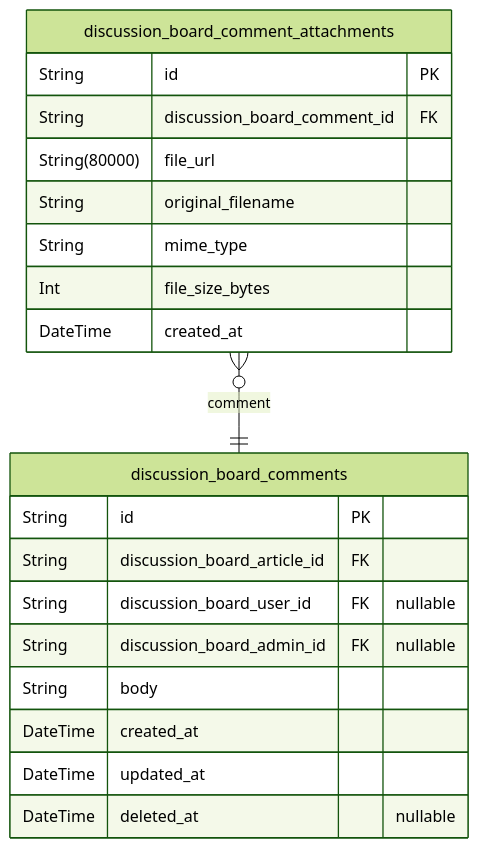
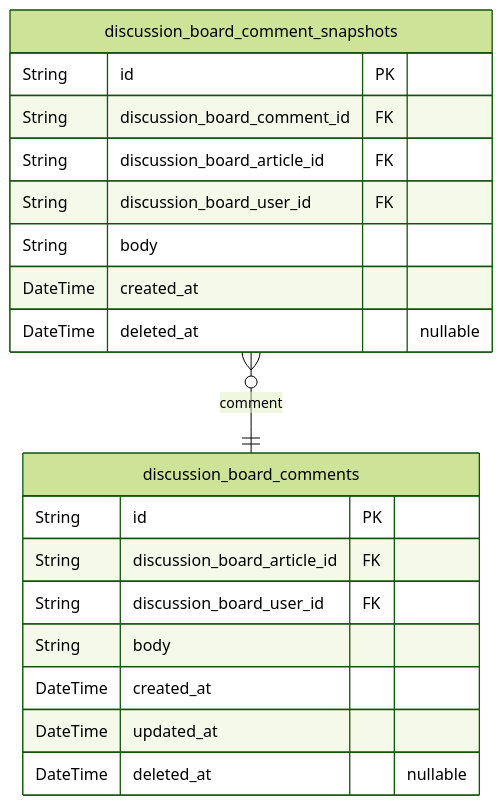
One commit to wrtnlabs/autobe-examples changed the fourth of 6 diagrams in openai/gpt-4.1/bbs/docs/ERD.md. Above: the diagram before and after it, drawn with Mermaid (forest theme). The commit also changed other lines of this file and 3569 other files, not shown here.

````diff
--- a/openai/gpt-4.1/bbs/docs/ERD.md
+++ b/openai/gpt-4.1/bbs/docs/ERD.md
@@ -326,23 +344,22 @@
 ```mermaid
 erDiagram
 "discussion_board_comments" {
   String id PK
   String discussion_board_article_id FK
-  String discussion_board_user_id FK "nullable"
-  String discussion_board_admin_id FK "nullable"
+  String discussion_board_user_id FK
   String body
   DateTime created_at
   DateTime updated_at
   DateTime deleted_at "nullable"
 }
-"discussion_board_comment_attachments" {
+"discussion_board_comment_snapshots" {
   String id PK
   String discussion_board_comment_id FK
-  String(80000) file_url
-  String original_filename
-  String mime_type
-  Int file_size_bytes
+  String discussion_board_article_id FK
+  String discussion_board_user_id FK
+  String body
   DateTime created_at
+  DateTime deleted_at "nullable"
 }
-"discussion_board_comment_attachments" }o--|| "discussion_board_comments" : comment
+"discussion_board_comment_snapshots" }o--|| "discussion_board_comments" : comment
 ```
````
